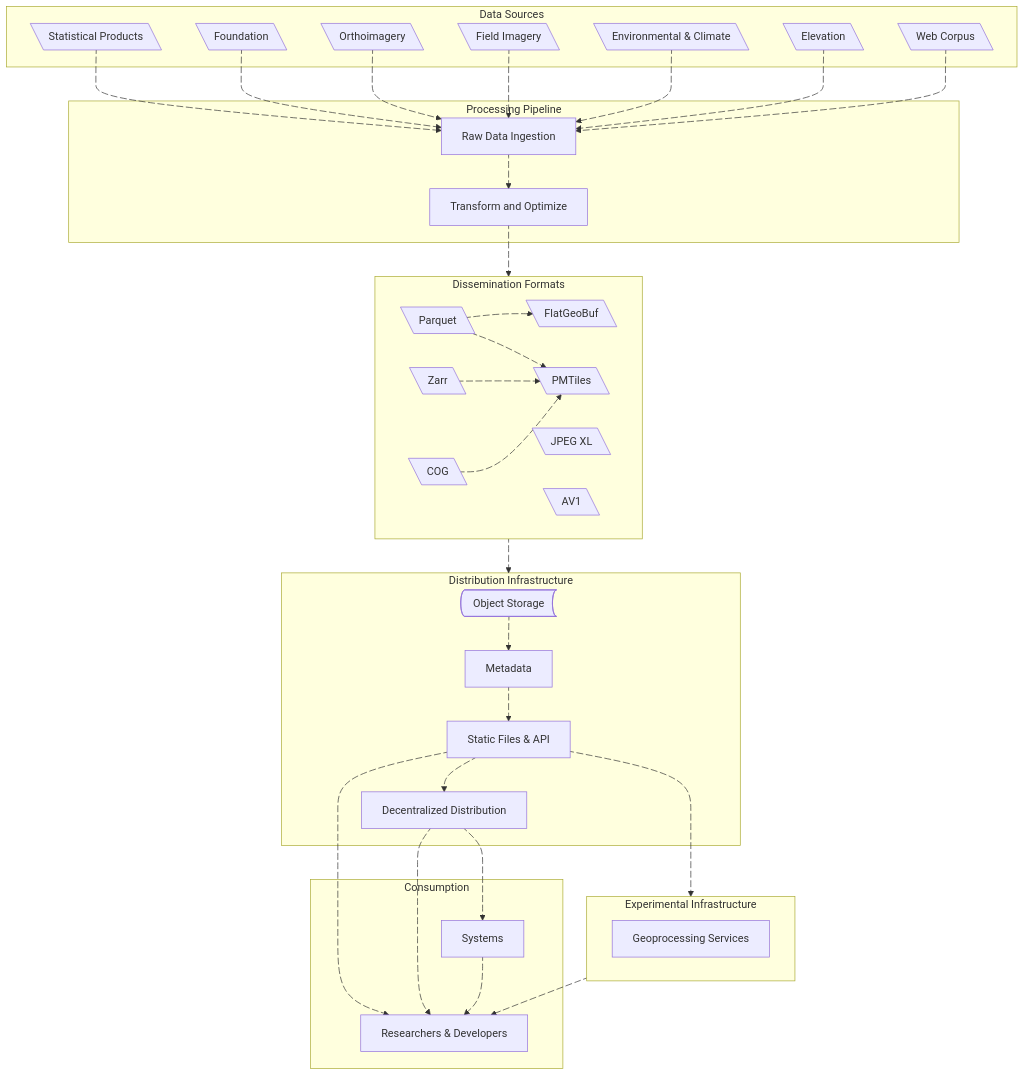
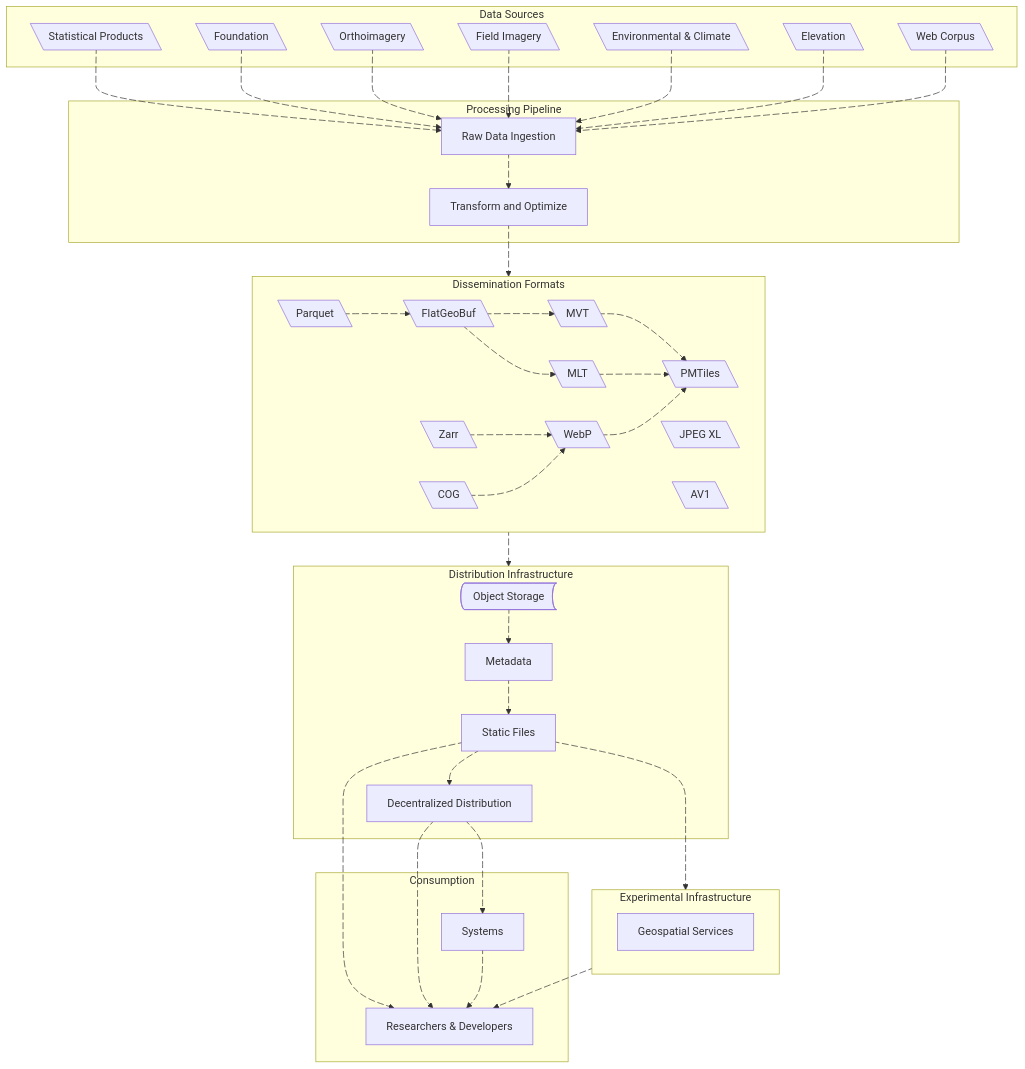
Before and after one commit to dataforcanada/.github: the diagram in profile/README.md, drawn with Mermaid.

Commit message:
Update README with new formats and links

```diff
--- a/profile/README.md
+++ b/profile/README.md
@@ -42,9 +42,12 @@
     subgraph df [Dissemination Formats]
         Parquet@{ shape: lean-l}
         FlatGeoBuf@{ shape: lean-l}
+        MVT@{ shape: lean-l}
+        MLT@{ shape: lean-l}
         PMTiles@{ shape: lean-l}
         COG@{ shape: lean-l}
         Zarr@{ shape: lean-l}
+        WebP@{ shape: lean-l}
         JPEGXL@{ shape: lean-l, label: "JPEG XL"}
         AV1@{ shape: lean-l, label: "AV1"}
     end
@@ -52,12 +55,12 @@
     subgraph di [Distribution Infrastructure]
         ObjectStorage@{ shape: bow-rect, label: "Object Storage"}
         Metadata@{ shape: rect}
-        HTTP@{ shape: rect, label: "Static Files & API"}
+        HTTP@{ shape: rect, label: "Static Files"}
         DecentralizedDistribution@{ shape: rect, label: "Decentralized Distribution"}
     end
 
     subgraph ei [Experimental Infrastructure]
-        GeoProcessingAPIs@{ shape: rect, label: "Geoprocessing Services"}
+        GeoSpatialServices@{ shape: rect, label: "Geospatial Services"}
         %%Martin@{ shape: rect}
         %%GeoServer@{ shape: rect}
         %%ZOOProject@{ shape: rect, label: "ZOO-Project"}
@@ -92,14 +95,22 @@
     a9@{animate: true, animation: slow}
     Parquet a10@--> FlatGeoBuf
     a10@{animate: true, animation: slow}
-    Parquet a11@--> PMTiles
+    FlatGeoBuf a11@--> MVT
     a11@{animate: true, animation: slow}
-    Zarr a12@ --> PMTiles
+    FlatGeoBuf a91@--> MLT
+    a91@{animate: true, animation: slow}
+    MVT a90@ --> PMTiles
+    a90@{animate: true, animation: slow}
+    MLT a92@ --> PMTiles
+    a92@{animate: true, animation: slow}
+    Zarr a12@ --> WebP
     a12@{animate: true, animation: slow}
     df a13@ --> di
     a13@{animate: true, animation: slow}
-    COG a14@--> PMTiles
+    COG a14@--> WebP
     a14@{animate: true, animation: slow}
+    WebP a93@--> PMTiles 
+    a93@{animate: true, animation: slow}
     ObjectStorage a15@--> Metadata
     a15@{animate: true, animation: slow}
     Metadata a16@--> HTTP
@@ -129,12 +140,15 @@
 
     click Parquet "https://github.com/apache/parquet-format/" _blank
     click FlatGeoBuf "https://flatgeobuf.org/" _blank
+    click MVT "https://github.com/mapbox/vector-tile-spec/" _blank
+    click MLT "https://github.com/maplibre/maplibre-tile-spec/" _blank
     click COG "https://cogeo.org/" _blank
     click Zarr "https://github.com/zarr-developers/geozarr-spec/" _blank
+    click WebP "https://developers.google.com/speed/webp/docs/riff_container/" _blank
     click PMTiles "https://github.com/protomaps/PMTiles/blob/main/spec/v3/spec.md" _blank
     click JPEGXL "https://jpeg.org/jpegxl/" _blank
     click AV1 "https://aomedia.org/specifications/av1/" _blank
-    click DecentralizedDistribution "https://www.dataforcanada.org/docs/dissemination/" _blank
+    click DecentralizedDistribution "/docs/dissemination/" _blank
     click Metadata "https://stac-utils.github.io/stac-geoparquet/latest/spec/stac-geoparquet-spec/" _blank
     click Martin "https://martin.maplibre.org/" _blank
     click GeoServer "https://geoserver.org/" _blank
```
